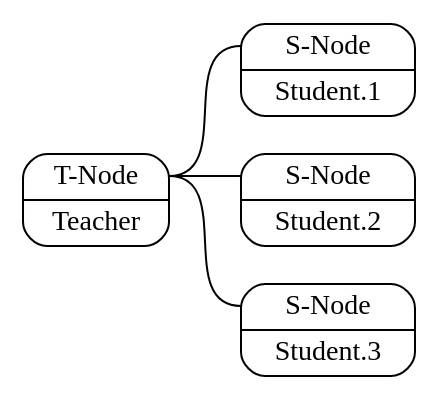
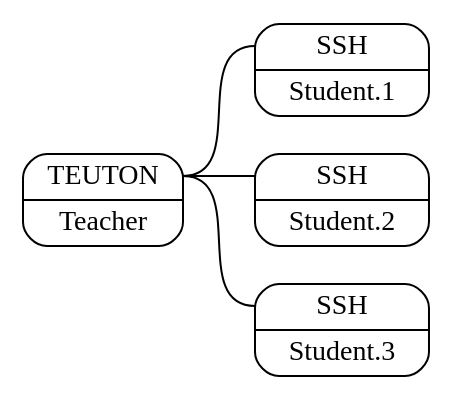
The diagram in charlas/teuton/eslibre22/examples/dot/teuton-esquema.dot (dvarrui/proyectos-de-ejemplo), drawn with Graphviz before and after one commit. The commit also changed 3 other files, not shown here.

```diff
--- a/charlas/teuton/eslibre22/examples/dot/teuton-esquema.dot
+++ b/charlas/teuton/eslibre22/examples/dot/teuton-esquema.dot
@@ -1,18 +1,15 @@
 graph structs {
   node [shape=record; style=rounded];
-  tnode [label="<rol>T-Node|<user>Teacher"];
+  tnode [label="<rol>TEUTON|<user>Teacher"];
 
   node [shape=record; style=rounded];
-  snode1 [label="<rol>S-Node|<user>Student.1"];
-  snode2 [label="<rol>S-Node|<user>Student.2"];
-  snode3 [label="<rol>S-Node|<user>Student.3"];
-
-  // node [shape=circle; style=filled];
-  // net [label="red"]
+  snode1 [label="<rol>SSH|<user>Student.1"];
+  snode2 [label="<rol>SSH|<user>Student.2"];
+  snode3 [label="<rol>SSH|<user>Student.3"];
 
   tnode:rol -- snode1:rol;
   tnode:rol -- snode2:rol;
   tnode:rol -- snode3:rol;
 
   rankdir=LR
 }
```
